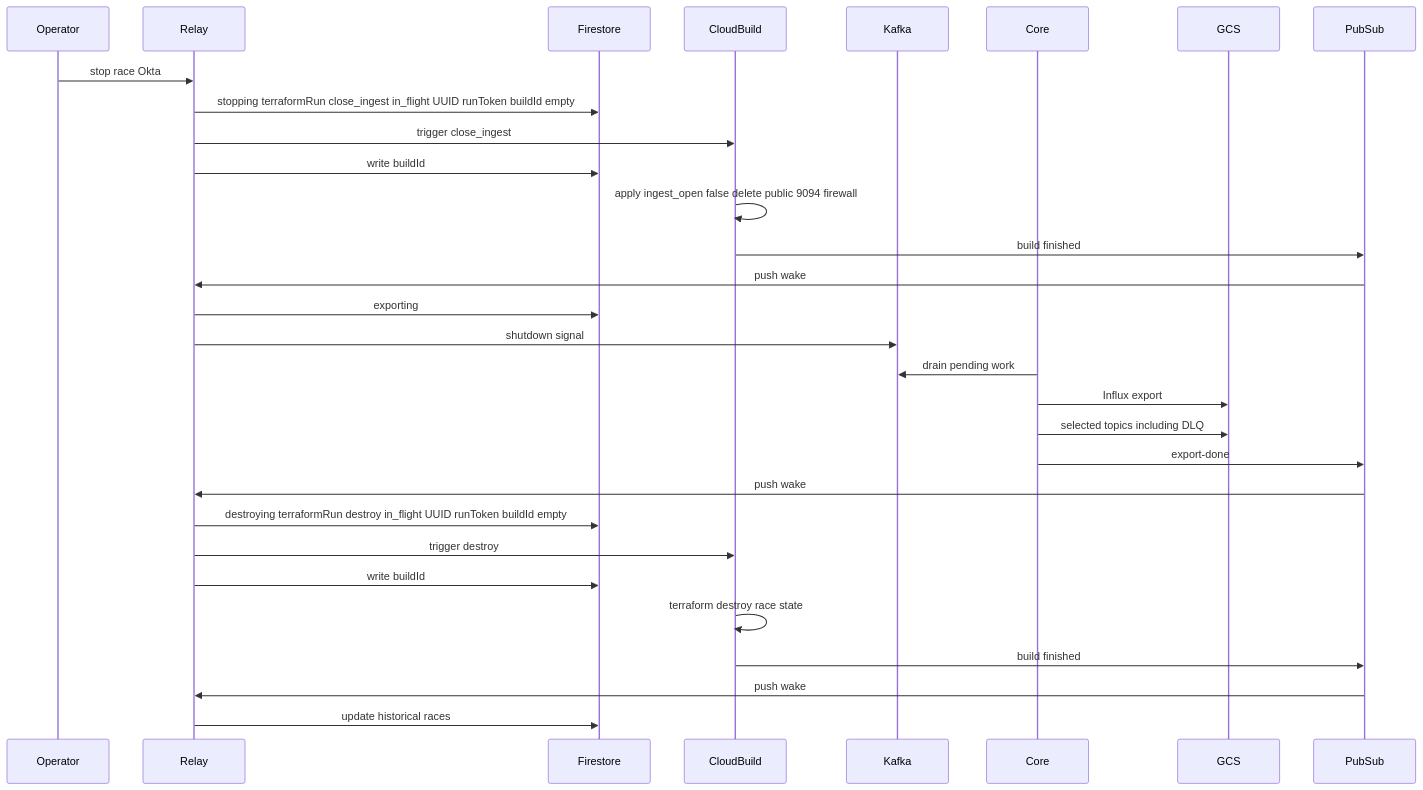
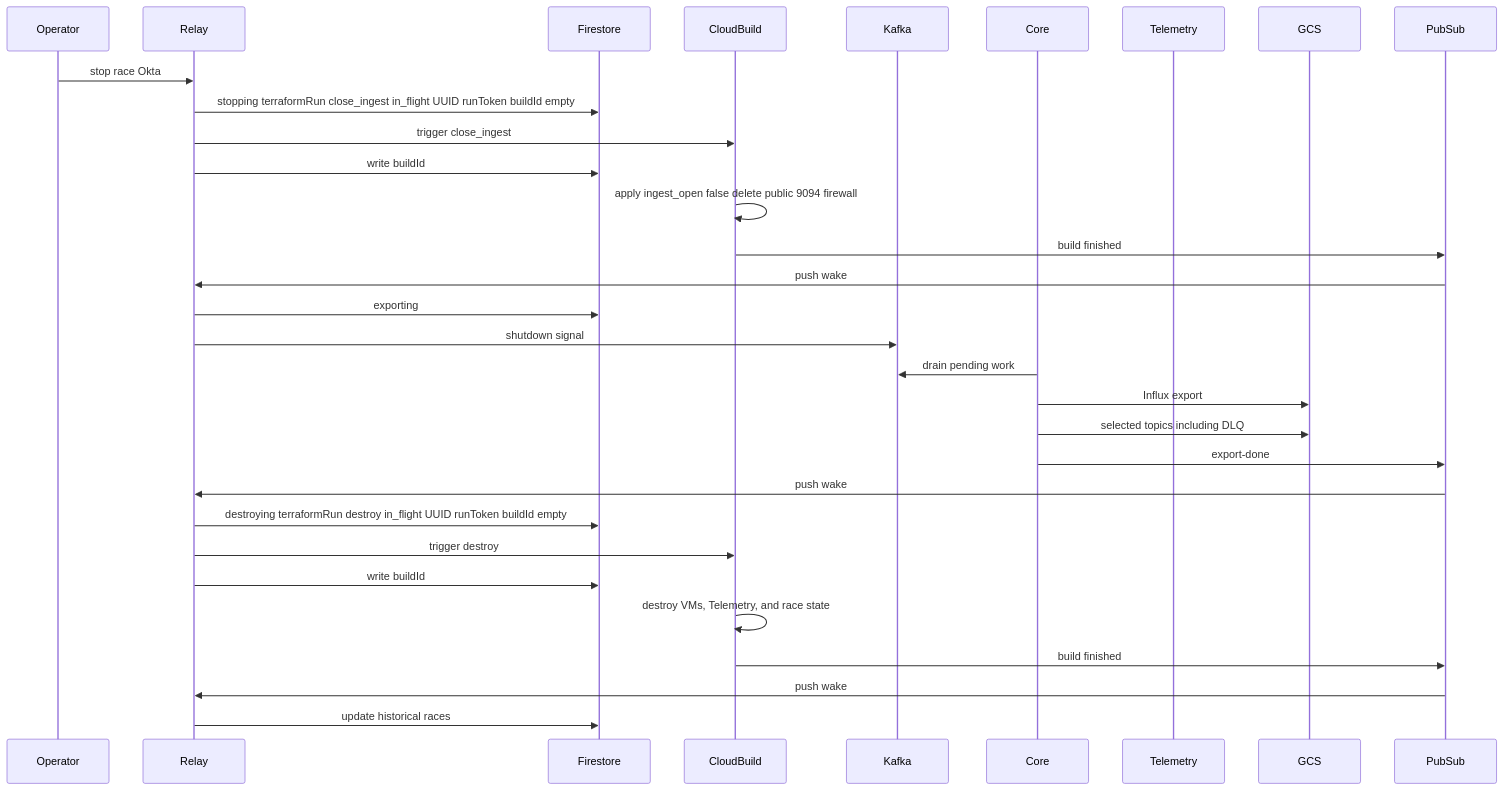
One commit to ChronoRacer/chronoracer changed the diagram in docs/flow-race_destruction.md. Above: the diagram before and after it, drawn with Mermaid. The commit also changed other lines of this file and 59 other files, not shown here.

````diff
--- a/docs/flow-race_destruction.md
+++ b/docs/flow-race_destruction.md
@@ -18,32 +18,33 @@
 ```mermaid
 sequenceDiagram
     participant Op as Operator
     participant Relay
     participant FS as Firestore
     participant CB as CloudBuild
     participant Kafka
     participant Core
+    participant Telemetry
     participant GCS
     participant PS as PubSub
     Op ->> Relay: stop race Okta
     Relay ->> FS: stopping terraformRun close_ingest in_flight UUID runToken buildId empty
     Relay ->> CB: trigger close_ingest
     Relay ->> FS: write buildId
     CB ->> CB: apply ingest_open false delete public 9094 firewall
     CB ->> PS: build finished
     PS ->> Relay: push wake
     Relay ->> FS: exporting
     Relay ->> Kafka: shutdown signal
     Core ->> Kafka: drain pending work
     Core ->> GCS: Influx export
     Core ->> GCS: selected topics including DLQ
     Core ->> PS: export-done
     PS ->> Relay: push wake
     Relay ->> FS: destroying terraformRun destroy in_flight UUID runToken buildId empty
     Relay ->> CB: trigger destroy
     Relay ->> FS: write buildId
-    CB ->> CB: terraform destroy race state
+    CB ->> CB: destroy VMs, Telemetry, and race state
     CB ->> PS: build finished
     PS ->> Relay: push wake
     Relay ->> FS: update historical races
 ```
````
